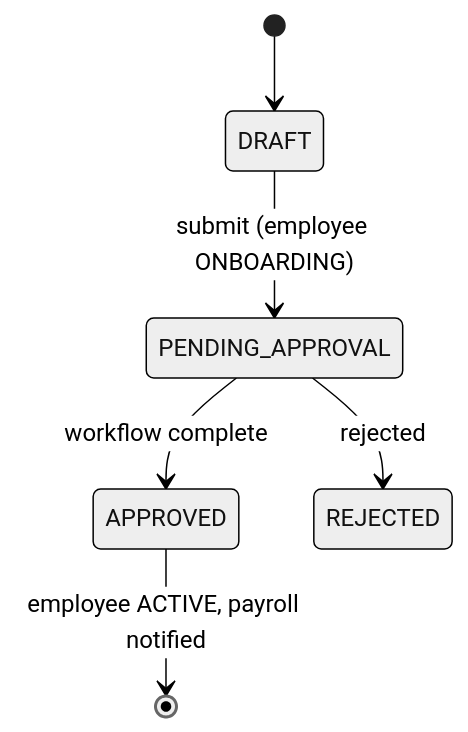
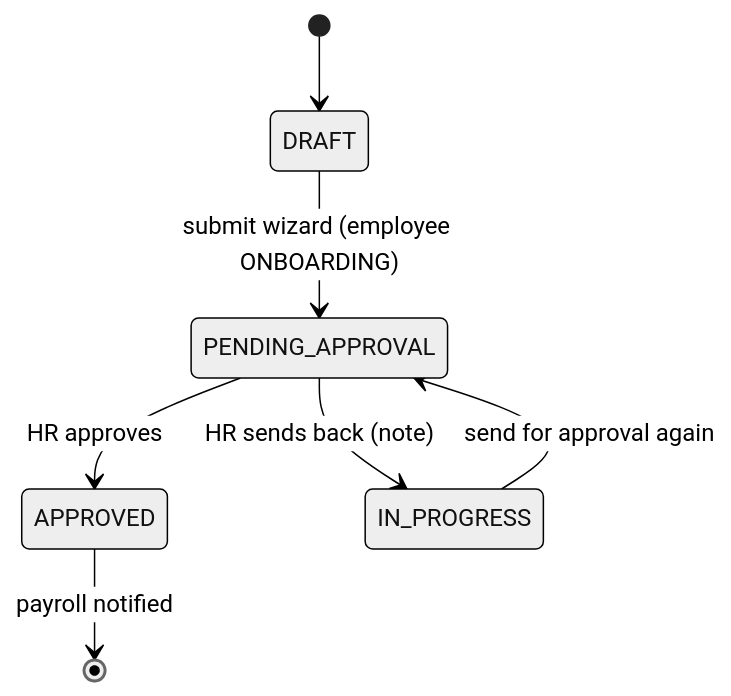
One commit to globalsurfdxb/gs-hrms-backend changed the second of 3 diagrams in docs/modules/onboarding-offboarding.md. Above: the diagram before and after it, drawn with Mermaid (neutral theme). The commit also changed other lines of this file and 28 other files, not shown here.

````diff
--- a/docs/modules/onboarding-offboarding.md
+++ b/docs/modules/onboarding-offboarding.md
@@ -26,8 +97,9 @@
 ```mermaid
 stateDiagram-v2
   [*] --> DRAFT
-  DRAFT --> PENDING_APPROVAL: submit (employee ONBOARDING)
-  PENDING_APPROVAL --> APPROVED: workflow complete
-  PENDING_APPROVAL --> REJECTED: rejected
-  APPROVED --> [*]: employee ACTIVE, payroll notified
+  DRAFT --> PENDING_APPROVAL: submit wizard (employee ONBOARDING)
+  PENDING_APPROVAL --> APPROVED: HR approves
+  PENDING_APPROVAL --> IN_PROGRESS: HR sends back (note)
+  IN_PROGRESS --> PENDING_APPROVAL: send for approval again
+  APPROVED --> [*]: payroll notified
 ```
````
